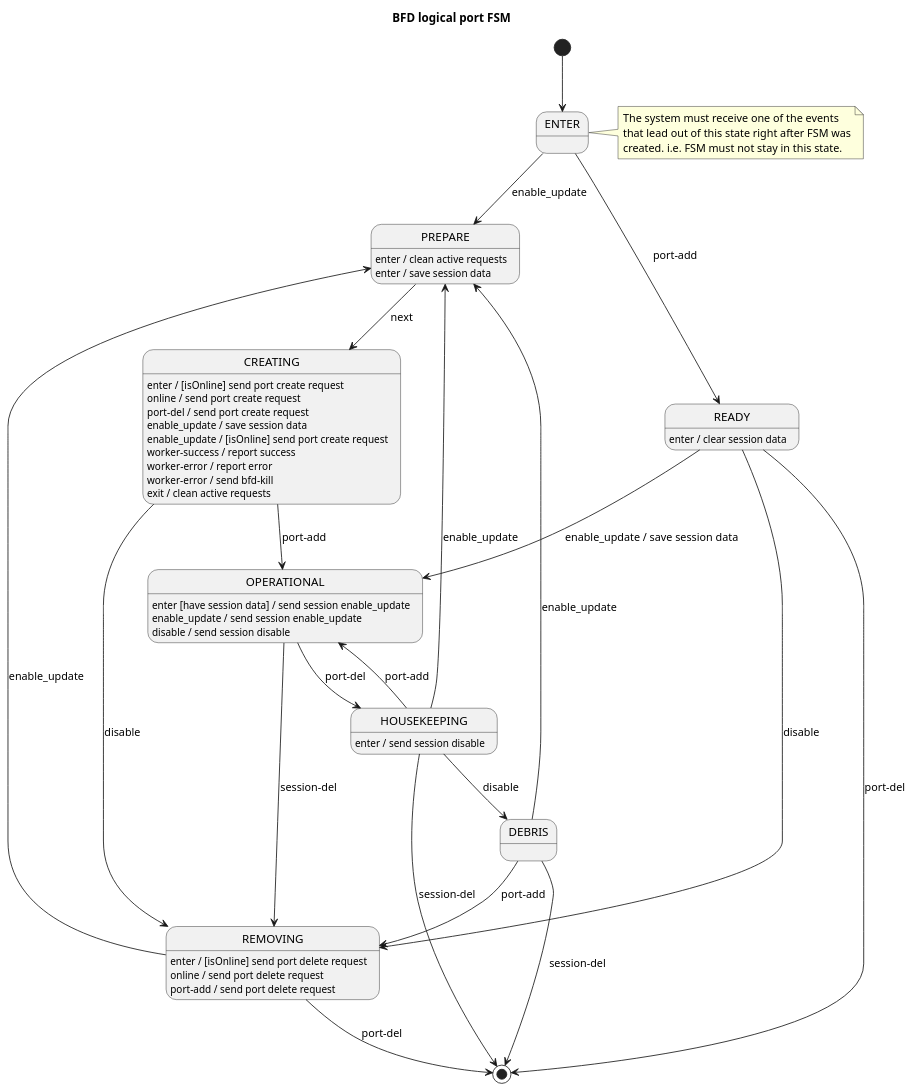
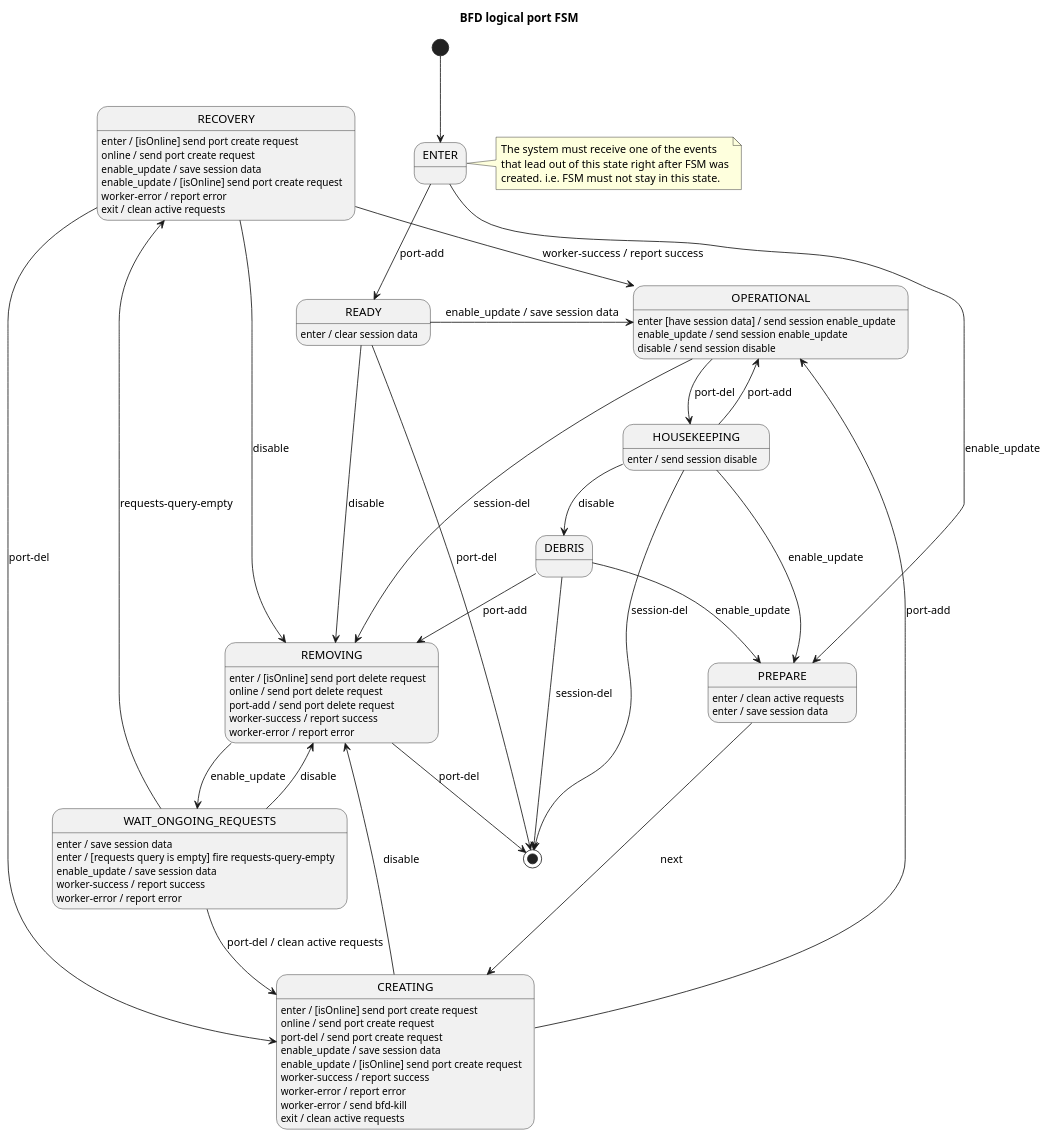
Before and after one commit to surabujin/open-kilda: the diagram in docs/design/network-discovery/bfd-logical-port-FSM.puml, drawn with PlantUML. The commit also changed other lines of this file, not shown here.

```diff
--- a/docs/design/network-discovery/bfd-logical-port-FSM.puml
+++ b/docs/design/network-discovery/bfd-logical-port-FSM.puml
@@ -15,57 +16,78 @@
 @startuml
 title BFD logical port FSM
 
 [*] --> ENTER
 note right of ENTER
     The system must receive one of the events
     that lead out of this state right after FSM was
     created. i.e. FSM must not stay in this state.
 end note
 
 ENTER --> PREPARE : enable_update
 ENTER --> READY : port-add
 
 PREPARE --> CREATING : next
 PREPARE: enter / clean active requests
 PREPARE: enter / save session data
 
-READY --> OPERATIONAL : enable_update / save session data
+READY -> OPERATIONAL : enable_update / save session data
 READY --> REMOVING : disable
 READY --> [*] : port-del
 READY : enter / clear session data
 
-CREATING --> OPERATIONAL : port-add
-CREATING -> REMOVING : disable
+CREATING -> OPERATIONAL : port-add
+CREATING --> REMOVING : disable
 CREATING: enter / [isOnline] send port create request
 CREATING: online / send port create request
 CREATING: port-del / send port create request
 CREATING: enable_update / save session data
 CREATING: enable_update / [isOnline] send port create request
 CREATING: worker-success / report success
 CREATING: worker-error / report error
 CREATING: worker-error / send bfd-kill
 CREATING: exit / clean active requests
 
 OPERATIONAL --> REMOVING : session-del
 OPERATIONAL --> HOUSEKEEPING : port-del
 OPERATIONAL: enter [have session data] / send session enable_update
 OPERATIONAL: enable_update / send session enable_update
 OPERATIONAL: disable / send session disable
 
-REMOVING --> PREPARE : enable_update
+REMOVING: enter / [isOnline] send port delete request
+REMOVING --> WAIT_ONGOING_REQUESTS : enable_update
 REMOVING --> [*] : port-del
-REMOVING: enter / [isOnline] send port delete request
 REMOVING: online / send port delete request
 REMOVING: port-add / send port delete request
+REMOVING: worker-success / report success
+REMOVING: worker-error / report error
 
 HOUSEKEEPING --> OPERATIONAL : port-add
 HOUSEKEEPING --> [*] : session-del
 HOUSEKEEPING --> PREPARE : enable_update
 HOUSEKEEPING --> DEBRIS : disable
 HOUSEKEEPING : enter / send session disable
 
 DEBRIS --> [*] : session-del
 DEBRIS --> REMOVING : port-add
 DEBRIS --> PREPARE : enable_update
 
+WAIT_ONGOING_REQUESTS : enter / save session data
+WAIT_ONGOING_REQUESTS : enter / [requests query is empty] fire requests-query-empty
+WAIT_ONGOING_REQUESTS -u-> RECOVERY : requests-query-empty
+WAIT_ONGOING_REQUESTS --> CREATING : port-del / clean active requests
+WAIT_ONGOING_REQUESTS --> REMOVING : disable
+WAIT_ONGOING_REQUESTS : enable_update / save session data
+WAIT_ONGOING_REQUESTS : worker-success / report success
+WAIT_ONGOING_REQUESTS : worker-error / report error
+
+RECOVERY : enter / [isOnline] send port create request
+RECOVERY --> OPERATIONAL : worker-success / report success
+RECOVERY --> REMOVING : disable
+RECOVERY --> CREATING : port-del
+RECOVERY : online / send port create request
+RECOVERY : enable_update / save session data
+RECOVERY : enable_update / [isOnline] send port create request
+RECOVERY : worker-error / report error
+RECOVERY: exit / clean active requests
+
 @enduml
```
